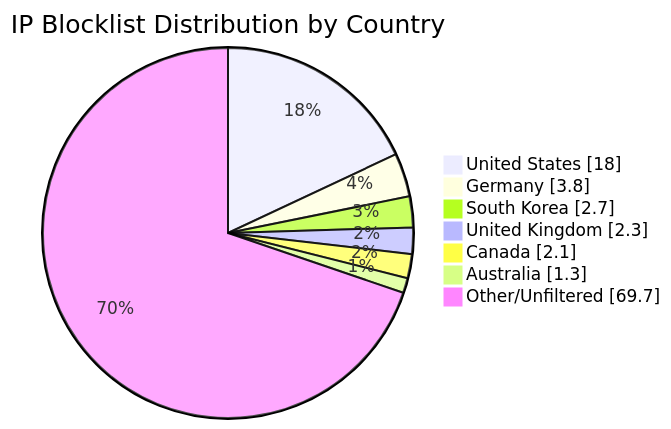
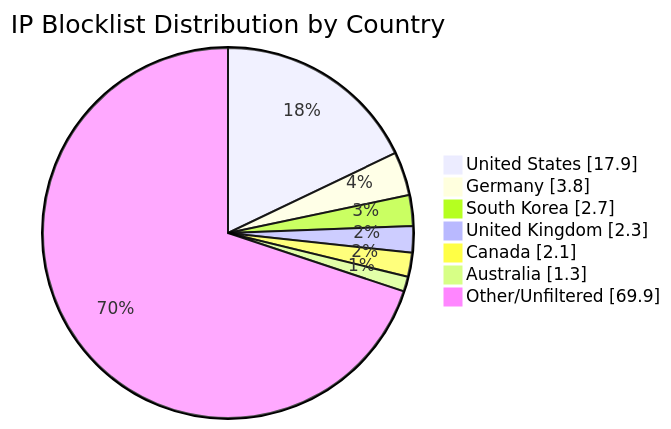
Before and after one commit to MarcusHoltz/ipblocklist-geofiltered-aggregator: the diagram in README.md, drawn with Mermaid. The commit also changed other lines of this file and 9 other files, not shown here.

````diff
--- a/README.md
+++ b/README.md
@@ -34,10 +34,10 @@
 ```mermaid
 pie showData title IP Blocklist Distribution by Country
-"United States" : 18.0
+"United States" : 17.9
 "Germany" : 3.8
 "South Korea" : 2.7
 "United Kingdom" : 2.3
 "Canada" : 2.1
 "Australia" : 1.3
-"Other/Unfiltered" : 69.7
+"Other/Unfiltered" : 69.9
 ```
````
